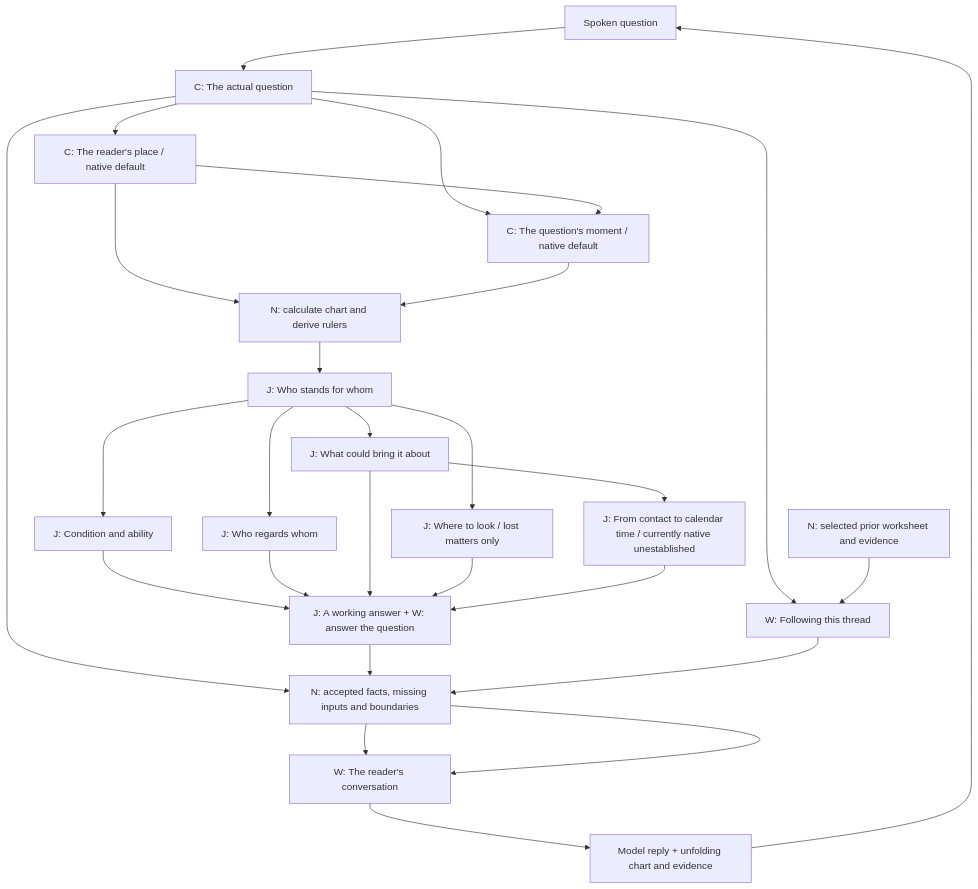
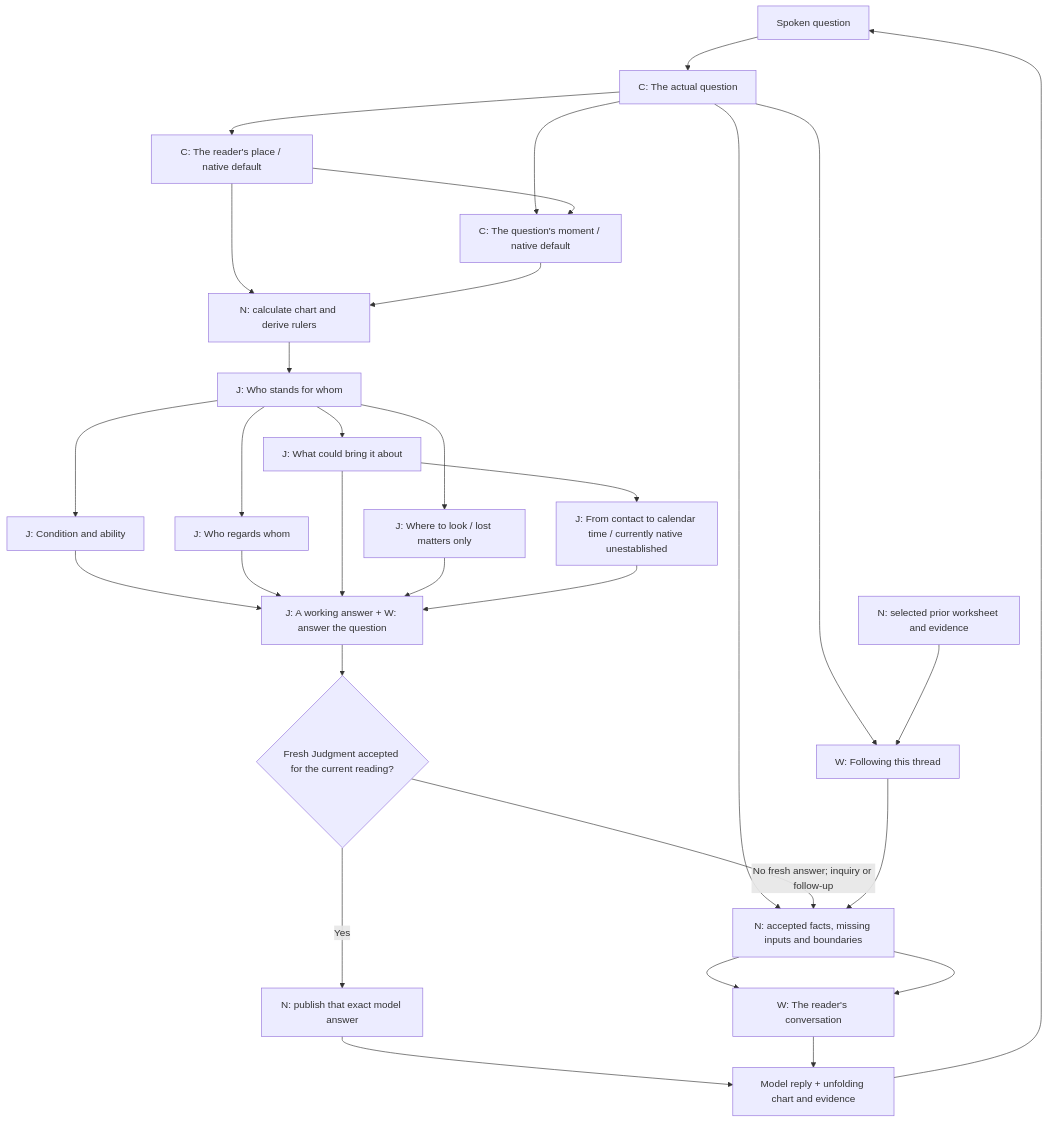
One commit to delysis/horary-web changed the third of 6 diagrams in docs/LLM_PROCESS.md. Above: the diagram before and after it, drawn with Mermaid. The commit also changed other lines of this file and 7 other files, not shown here.

Commit message:
Deliver accepted reading answer without redundant generation

````diff
--- a/docs/LLM_PROCESS.md
+++ b/docs/LLM_PROCESS.md
@@ -85,56 +85,59 @@
 ```mermaid
 flowchart TB
   words["Spoken question"]
   chart["N: calculate chart and derive rulers"]
   retained_step["N: selected prior worksheet and evidence"]
   intake["C: The actual question"]
   words --> intake
   click intake href "#lesson-intake" "Inspect its actual lesson"
   place["C: The reader's place / native default"]
   intake --> place
   click place href "#lesson-place" "Inspect its actual lesson"
   moment["C: The question's moment / native default"]
   intake --> moment
   place --> moment
   click moment href "#lesson-moment" "Inspect its actual lesson"
   significators["J: Who stands for whom"]
   chart --> significators
   click significators href "#lesson-significators_other" "Inspect its actual lesson"
   condition["J: Condition and ability"]
   significators --> condition
   click condition href "#lesson-condition" "Inspect its actual lesson"
   reception["J: Who regards whom"]
   significators --> reception
   click reception href "#lesson-reception" "Inspect its actual lesson"
   contacts["J: What could bring it about"]
   significators --> contacts
   click contacts href "#lesson-contacts" "Inspect its actual lesson"
   location["J: Where to look / lost matters only"]
   significators --> location
   click location href "#lesson-location" "Inspect its actual lesson"
   timing["J: From contact to calendar time / currently native unestablished"]
   contacts --> timing
   click timing href "#lesson-timing" "Inspect its actual lesson"
   judgment["J: A working answer + W: answer the question"]
   condition --> judgment
   reception --> judgment
   contacts --> judgment
   location --> judgment
   timing --> judgment
   click judgment href "#lesson-judgment" "Inspect its actual lesson"
   explanation["W: Following this thread"]
   intake --> explanation
   retained_step --> explanation
   click explanation href "#lesson-explanation" "Inspect its actual lesson"
   conversation["W: The reader's conversation"]
   consultation_clipboard --> conversation
   click conversation href "#lesson-conversation" "Inspect its actual lesson"
   place --> chart
   moment --> chart
   intake --> consultation_clipboard["N: accepted facts, missing inputs and boundaries"]
-  judgment --> consultation_clipboard
+  judgment --> accepted_answer{"Fresh Judgment accepted for the current reading?"}
+  accepted_answer -->|Yes| deliver_answer["N: publish that exact model answer"]
+  accepted_answer -->|No fresh answer; inquiry or follow-up| consultation_clipboard
   explanation --> consultation_clipboard
   consultation_clipboard --> conversation
-  conversation --> document["Model reply + unfolding chart and evidence"]
+  deliver_answer --> document["Model reply + unfolding chart and evidence"]
+  conversation --> document
   document --> words
 ```
````
